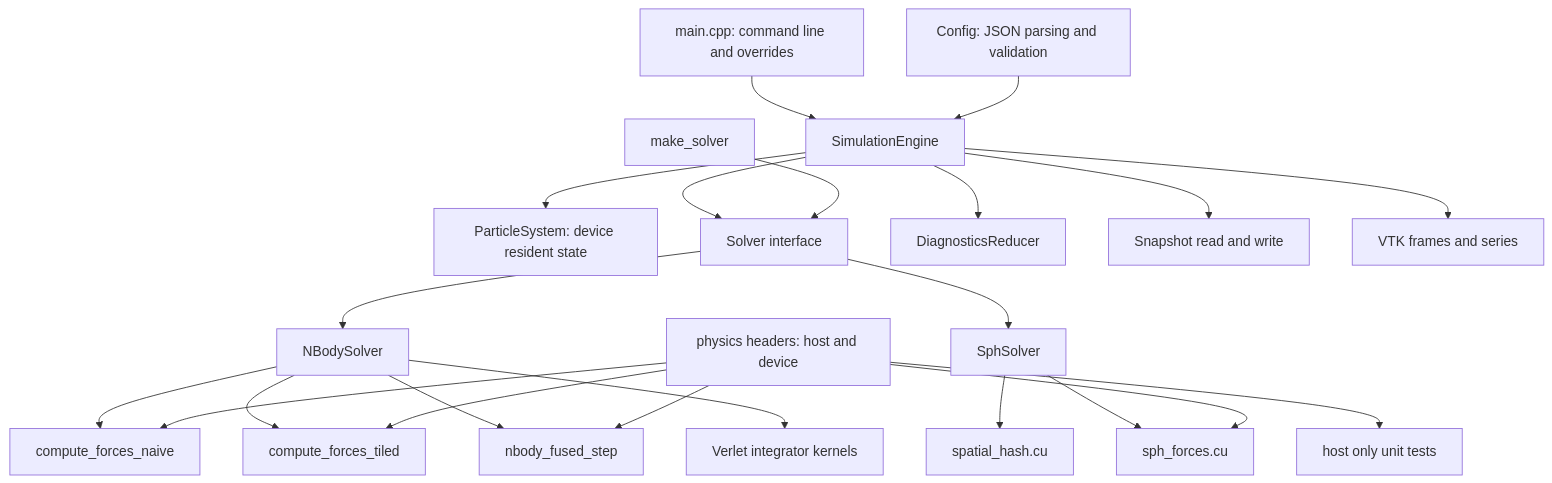
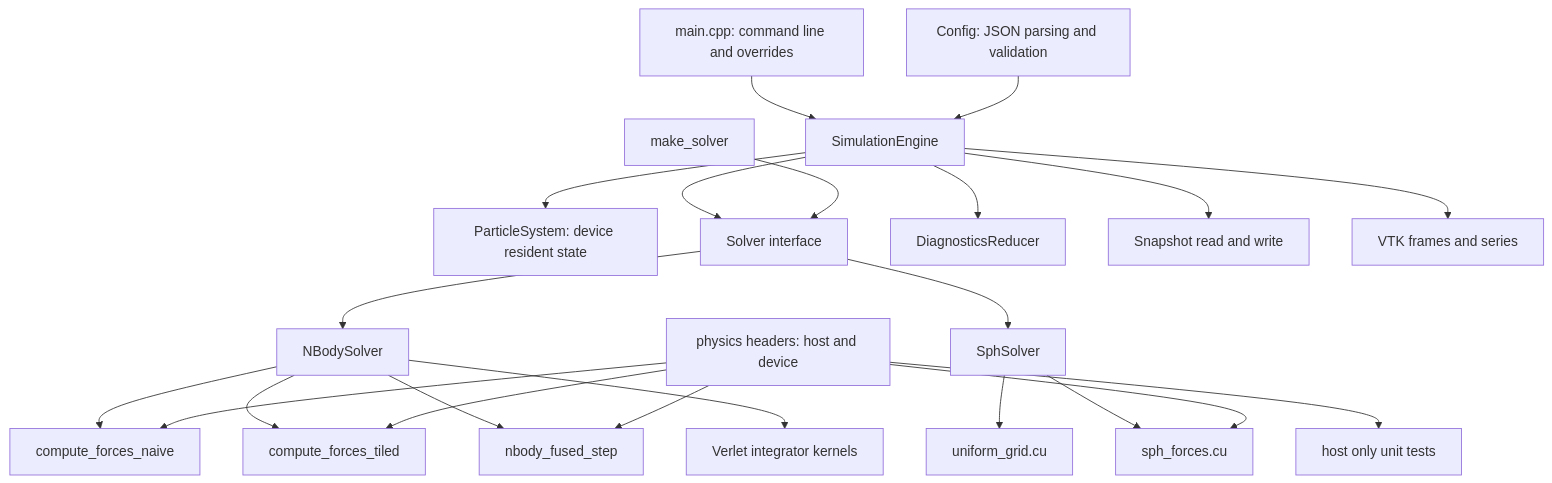
Before and after one commit to Olajide-Badejo/Particle-Physics-Simulation: the first of 3 diagrams in docs/architecture.md, drawn with Mermaid. The commit also changed other lines of this file and 35 other files, not shown here.

````diff
--- a/docs/architecture.md
+++ b/docs/architecture.md
@@ -7,24 +7,24 @@
 ```mermaid
 flowchart TD
     CLI[main.cpp: command line and overrides] --> ENGINE[SimulationEngine]
     CONFIG[Config: JSON parsing and validation] --> ENGINE
     ENGINE --> PS[ParticleSystem: device resident state]
     ENGINE --> SOLVER[Solver interface]
     FACTORY[make_solver] --> SOLVER
     SOLVER --> NB[NBodySolver]
     SOLVER --> SPH[SphSolver]
     ENGINE --> DIAG[DiagnosticsReducer]
     ENGINE --> SNAP[Snapshot read and write]
     ENGINE --> VTK[VTK frames and series]
     NB --> KNAIVE[compute_forces_naive]
     NB --> KTILED[compute_forces_tiled]
     NB --> KFUSED[nbody_fused_step]
     NB --> KINT[Verlet integrator kernels]
-    SPH --> KHASH[spatial_hash.cu]
+    SPH --> KGRID[uniform_grid.cu]
     SPH --> KSPH[sph_forces.cu]
     PHYS[physics headers: host and device] --> KNAIVE
     PHYS --> KTILED
     PHYS --> KFUSED
     PHYS --> KSPH
     PHYS --> HOSTTESTS[host only unit tests]
 ```
````
